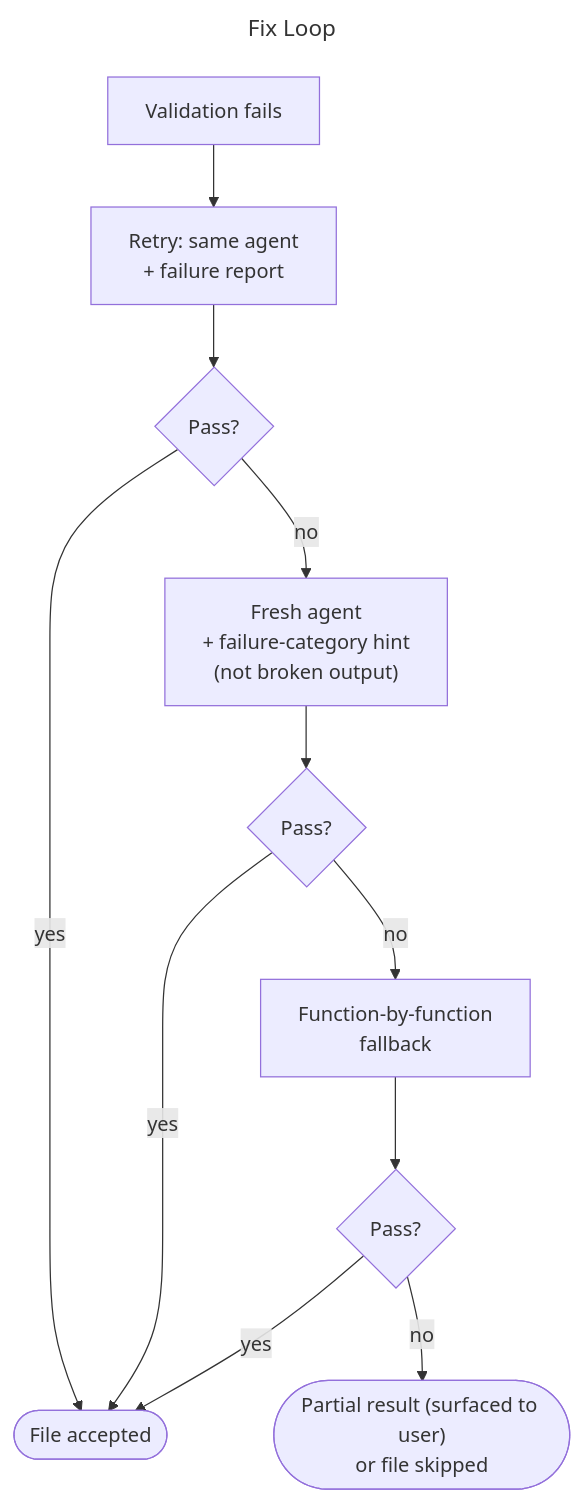
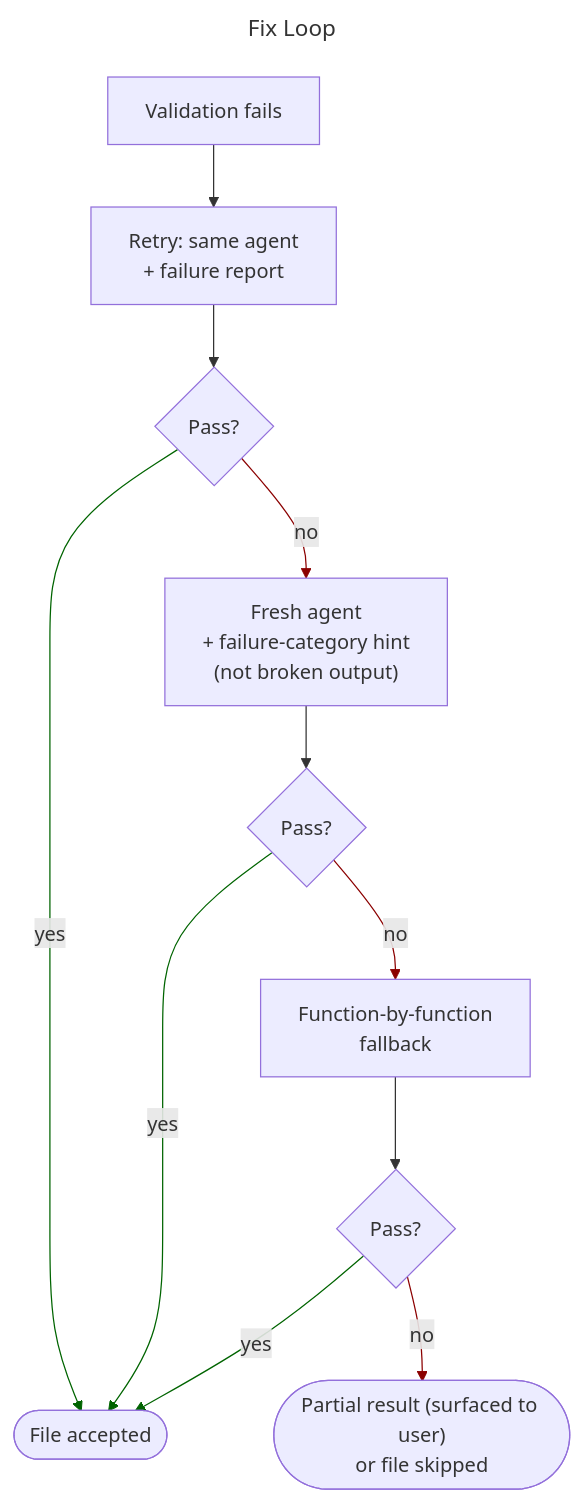
One commit to wiggitywhitney/spinybacked-orbweaver changed the diagram in docs/diagrams/fix-loop.mmd. Above: the diagram before and after it, drawn with Mermaid. The commit also changed 2 other files, not shown here.

Commit message:
docs: color-code arrows and final label refinements across diagrams
validation-pipeline-with-advisory: green/red/black arrow color coding
(passing paths green, fail paths red, neutral/advisory arrows black);
renamed top node to Instrumented file; added advisory findings arrow
to fail box; removed decision diamond in favor of direct labeled arrows
from blocking quality checks; added real italicized examples in all
three check boxes; labeled advisory findings arrow; Full validation
re-run (singular)

fix-loop: green on yes/accepted paths, red on escalation and terminal
failure paths

per-file-sequence: green on pass path, red on fail-to-fix-loop path

```diff
--- a/docs/diagrams/fix-loop.mmd
+++ b/docs/diagrams/fix-loop.mmd
@@ -1,25 +1,28 @@
 ---
 title: "Fix Loop"
 ---
 %% ABOUTME: Fix loop retry escalation — same agent retry, fresh agent handoff, function-level fallback
 flowchart TD
     FAIL["Validation fails"]
     R1["Retry: same agent\n+ failure report"]
     D1{"Pass?"}
     R2["Fresh agent\n+ failure-category hint\n(not broken output)"]
     D2{"Pass?"}
     R3["Function-by-function\nfallback"]
     D3{"Pass?"}
     ACCEPT(["File accepted"])
     PARTIAL(["Partial result (surfaced to user)\nor file skipped"])
 
     FAIL --> R1
     R1 --> D1
     D1 -->|yes| ACCEPT
     D1 -->|no| R2
     R2 --> D2
     D2 -->|yes| ACCEPT
     D2 -->|no| R3
     R3 --> D3
     D3 -->|yes| ACCEPT
     D3 -->|no| PARTIAL
+
+    linkStyle 2,5,8 stroke:#006400
+    linkStyle 3,6,9 stroke:#8B0000
```
